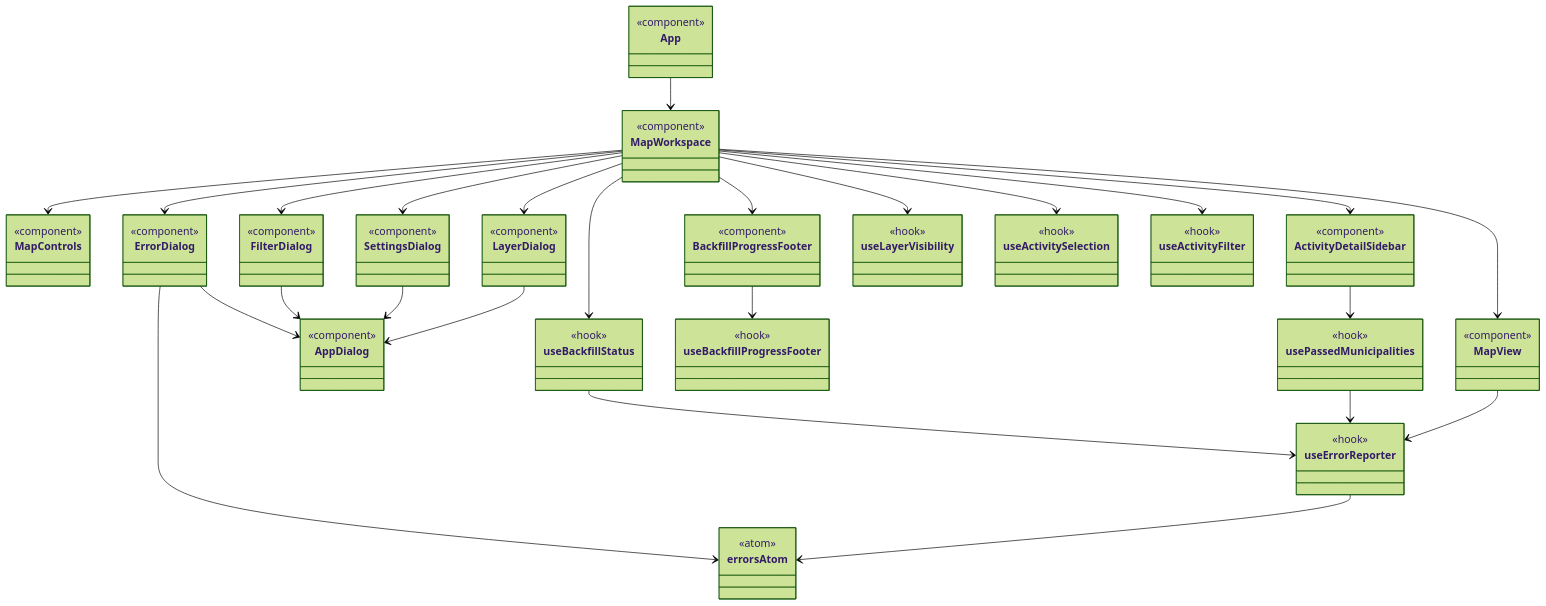
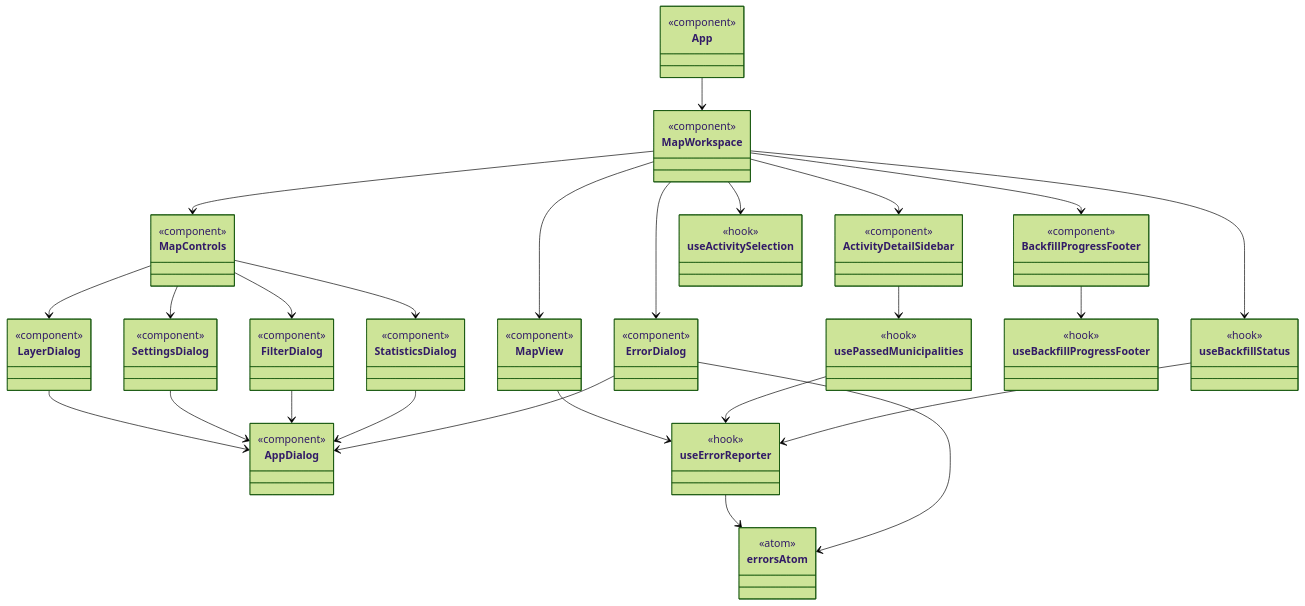
Before and after one commit to hyoiutu/geoInfo_viewer: the third of 3 diagrams in designs/class_diagram.md, drawn with Mermaid (forest theme). The commit also changed other lines of this file and 15 other files, not shown here.

````diff
--- a/designs/class_diagram.md
+++ b/designs/class_diagram.md
@@ -158,14 +158,14 @@
     class FilterDialog {
         <<component>>
     }
+    class StatisticsDialog {
+        <<component>>
+    }
     class ErrorDialog {
         <<component>>
     }
     class AppDialog {
         <<component>>
-    }
-    class useLayerVisibility {
-        <<hook>>
     }
     class useBackfillStatus {
         <<hook>>
@@ -174,9 +174,6 @@
         <<hook>>
     }
     class useActivitySelection {
-        <<hook>>
-    }
-    class useActivityFilter {
         <<hook>>
     }
     class usePassedMunicipalities {
@@ -191,17 +188,16 @@
 
     App --> MapWorkspace
     MapWorkspace --> MapControls
-    MapWorkspace --> LayerDialog
-    MapWorkspace --> SettingsDialog
     MapWorkspace --> BackfillProgressFooter
     MapWorkspace --> MapView
     MapWorkspace --> ActivityDetailSidebar
-    MapWorkspace --> FilterDialog
     MapWorkspace --> ErrorDialog
-    MapWorkspace --> useLayerVisibility
     MapWorkspace --> useBackfillStatus
     MapWorkspace --> useActivitySelection
-    MapWorkspace --> useActivityFilter
+    MapControls --> LayerDialog
+    MapControls --> FilterDialog
+    MapControls --> StatisticsDialog
+    MapControls --> SettingsDialog
     BackfillProgressFooter --> useBackfillProgressFooter
     MapView --> useErrorReporter
     ActivityDetailSidebar --> usePassedMunicipalities
@@ -212,5 +208,6 @@
     LayerDialog --> AppDialog
     SettingsDialog --> AppDialog
     FilterDialog --> AppDialog
+    StatisticsDialog --> AppDialog
     ErrorDialog --> AppDialog
 ```
````
